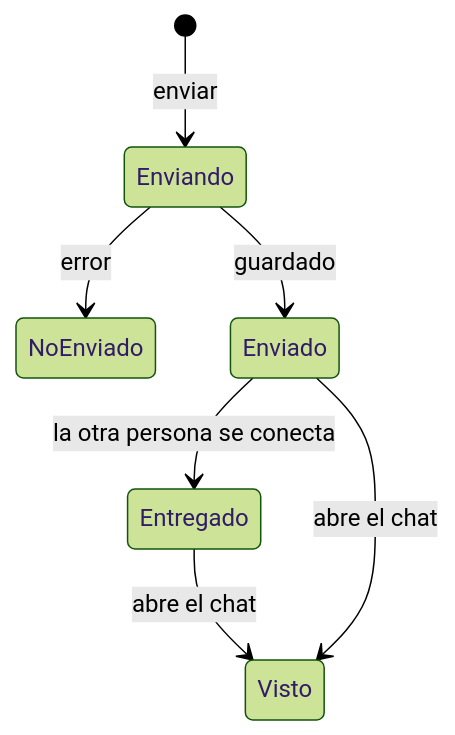
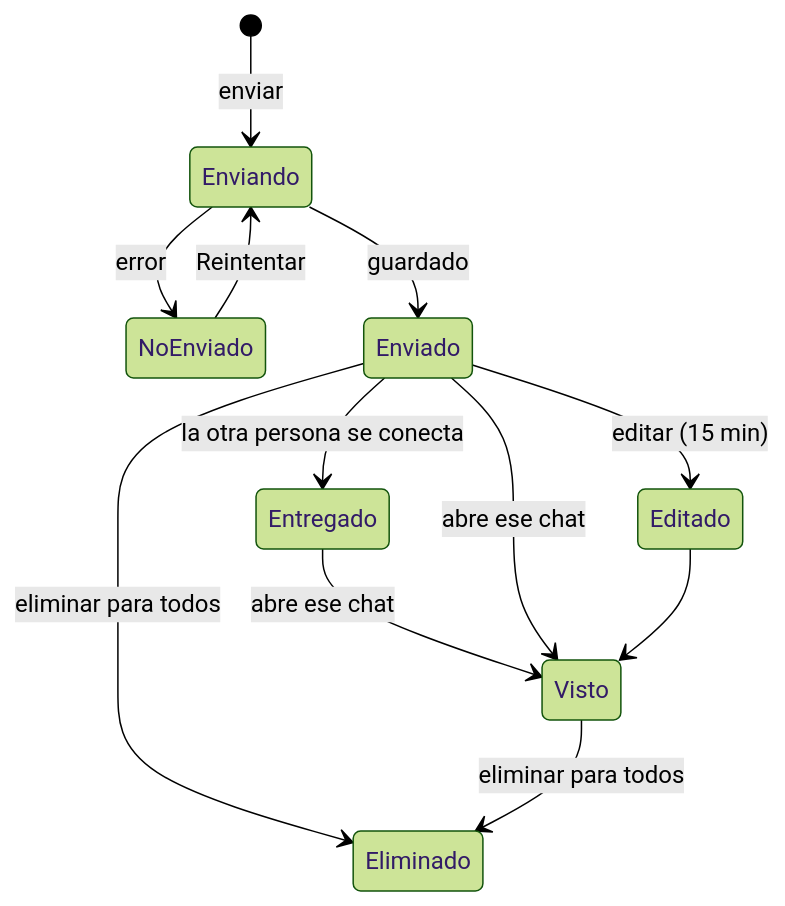
Before and after one commit to Juan-Carlos-Estevez-Vargas/Camila-Sanchez: diagram 17 of 38 in docs/DIAGRAMAS.md, drawn with Mermaid (forest theme). The commit also changed other lines of this file and 5 other files, not shown here.

First line of the commit message:
docs: diagramas y README de la app de chat

````diff
--- a/docs/DIAGRAMAS.md
+++ b/docs/DIAGRAMAS.md
@@ -264,9 +411,14 @@
 ```mermaid
 stateDiagram-v2
   [*] --> Enviando: enviar
   Enviando --> NoEnviado: error
+  NoEnviado --> Enviando: Reintentar
   Enviando --> Enviado: guardado
   Enviado --> Entregado: la otra persona se conecta
-  Entregado --> Visto: abre el chat
-  Enviado --> Visto: abre el chat
+  Entregado --> Visto: abre ese chat
+  Enviado --> Visto: abre ese chat
+  Enviado --> Editado: editar (15 min)
+  Editado --> Visto
+  Enviado --> Eliminado: eliminar para todos
+  Visto --> Eliminado: eliminar para todos
 ```
````
